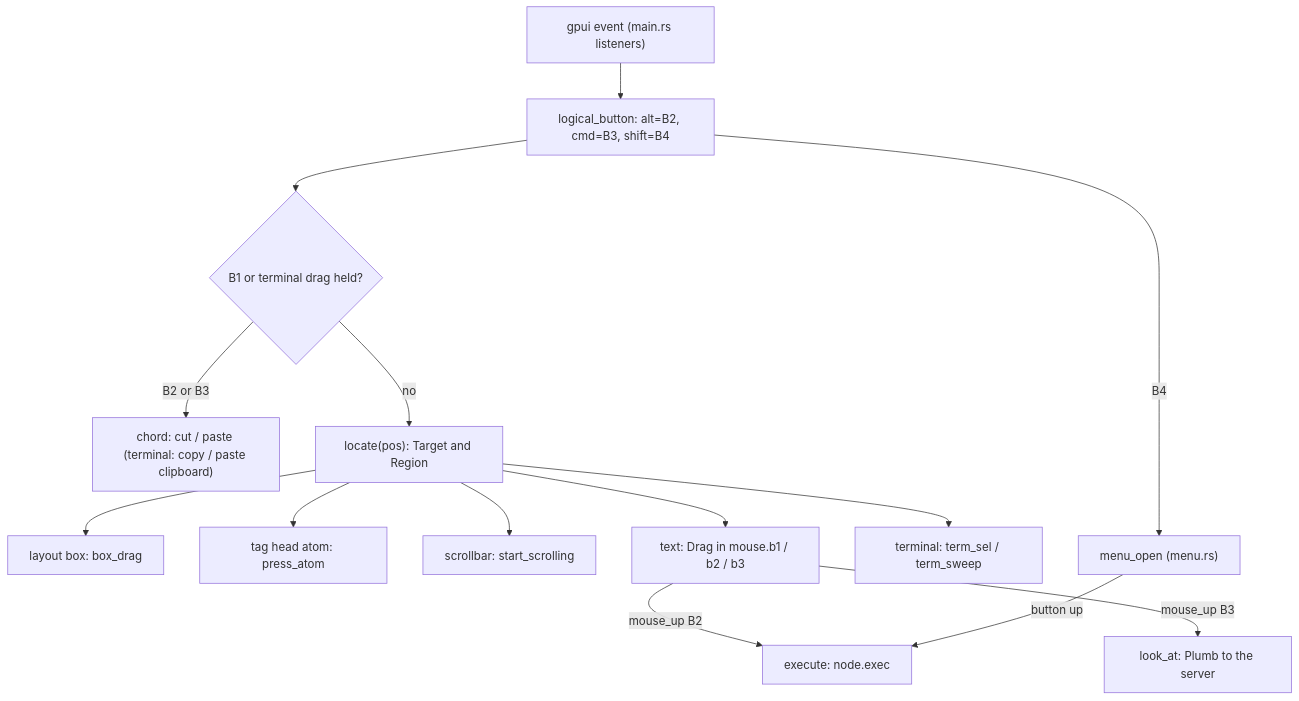
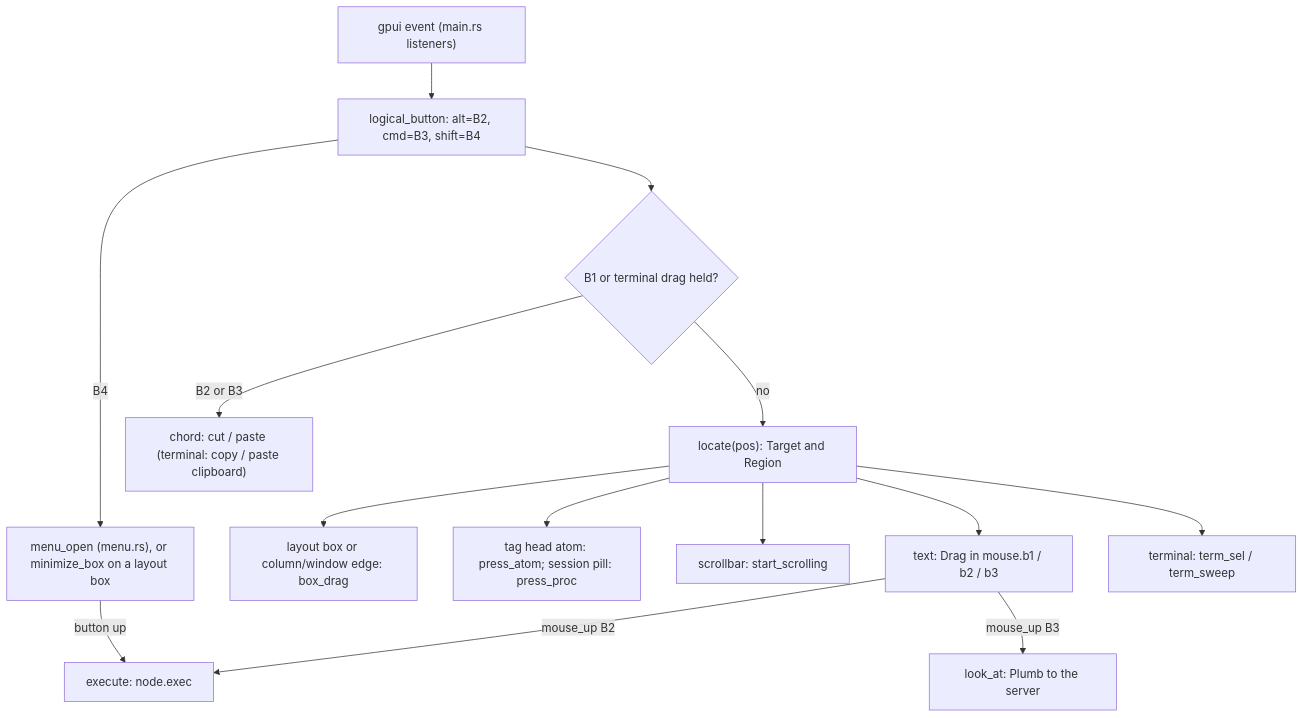
The first of 3 diagrams in docs/wiki/client-input.md (mariusae/apex), drawn with Mermaid before and after one commit. The commit also changed other lines of this file and 137 other files, not shown here.

````diff
--- a/docs/wiki/client-input.md
+++ b/docs/wiki/client-input.md
@@ -13,16 +13,16 @@
 ```mermaid
 flowchart TD
     EV["gpui event (main.rs listeners)"] --> LB["logical_button: alt=B2, cmd=B3, shift=B4"]
+    LB -->|B4| MENU["menu_open (menu.rs), or minimize_box on a layout box"]
     LB --> CH{"B1 or terminal drag held?"}
     CH -->|"B2 or B3"| CHORD["chord: cut / paste (terminal: copy / paste clipboard)"]
     CH -->|no| LOC["locate(pos): Target and Region"]
-    LOC --> BOX["layout box: box_drag"]
-    LOC --> ATOM["tag head atom: press_atom"]
+    LOC --> BOX["layout box or column/window edge: box_drag"]
+    LOC --> ATOM["tag head atom: press_atom; session pill: press_proc"]
     LOC --> SB["scrollbar: start_scrolling"]
     LOC --> TXT["text: Drag in mouse.b1 / b2 / b3"]
     LOC --> TERM["terminal: term_sel / term_sweep"]
     TXT -->|"mouse_up B2"| EXEC["execute: node.exec"]
     TXT -->|"mouse_up B3"| LOOK["look_at: Plumb to the server"]
-    LB -->|B4| MENU["menu_open (menu.rs)"]
     MENU -->|"button up"| EXEC
 ```
````
